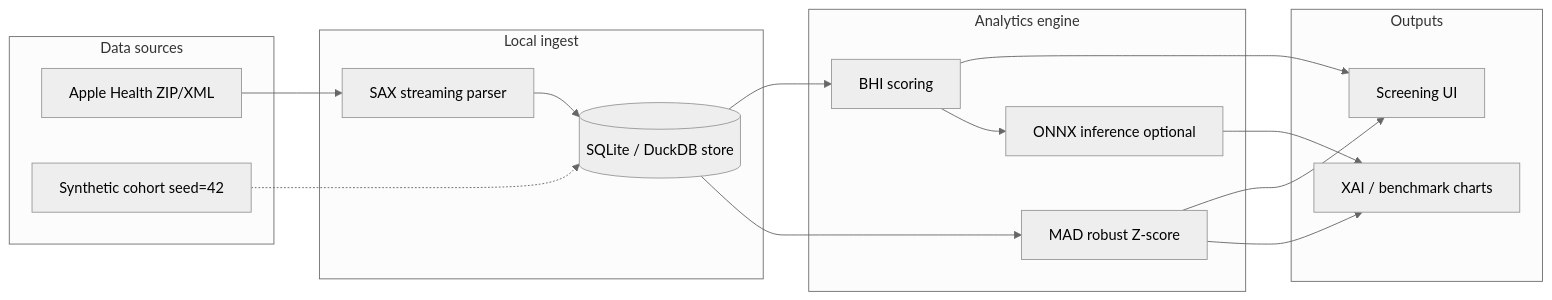
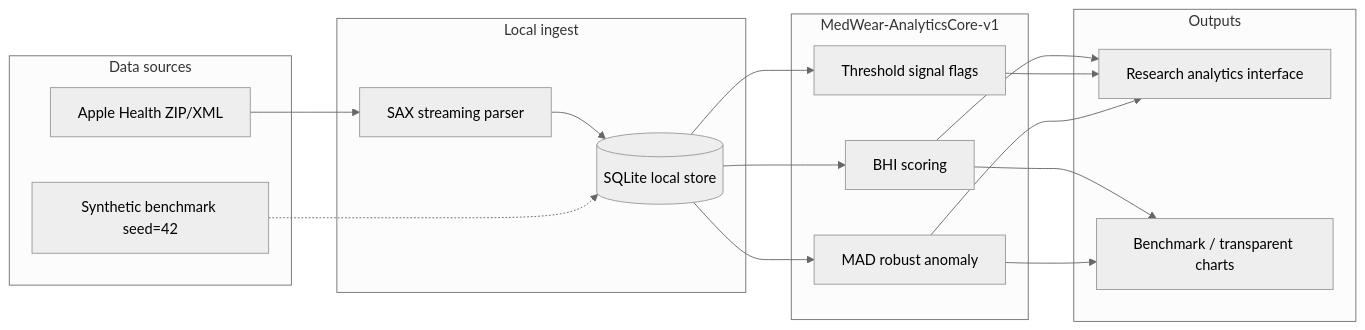
One commit to zhengjiewu39-lab/MedWear-Health-Analytics changed the diagram in README.md. Above: the diagram before and after it, drawn with Mermaid (neutral theme). The commit also changed other lines of this file and 18 other files, not shown here.

````diff
--- a/README.md
+++ b/README.md
@@ -21,26 +21,27 @@
 ```mermaid
 flowchart LR
   subgraph sources["Data sources"]
     A1[Apple Health ZIP/XML]
-    A2[Synthetic cohort seed=42]
+    A2[Synthetic benchmark seed=42]
   end
   subgraph ingest["Local ingest"]
     B[SAX streaming parser]
-    C[(SQLite / DuckDB store)]
+    C[(SQLite local store)]
   end
-  subgraph analytics["Analytics engine"]
+  subgraph analytics["MedWear-AnalyticsCore-v1"]
     D[BHI scoring]
-    E[MAD robust Z-score]
-    F[ONNX inference optional]
+    E[Threshold signal flags]
+    F[MAD robust anomaly]
   end
   subgraph output["Outputs"]
-    G[Screening UI]
-    H[XAI / benchmark charts]
+    G[Research analytics interface]
+    H[Benchmark / transparent charts]
   end
   A1 --> B --> C
   A2 -.-> C
   C --> D --> G
   C --> E --> G
-  D --> F --> H
-  E --> H
+  C --> F --> G
+  D --> H
+  F --> H
 ```
````
